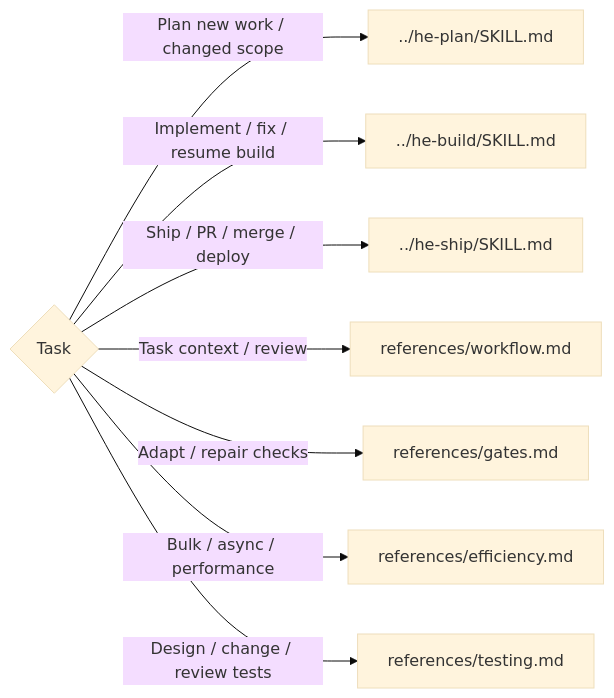
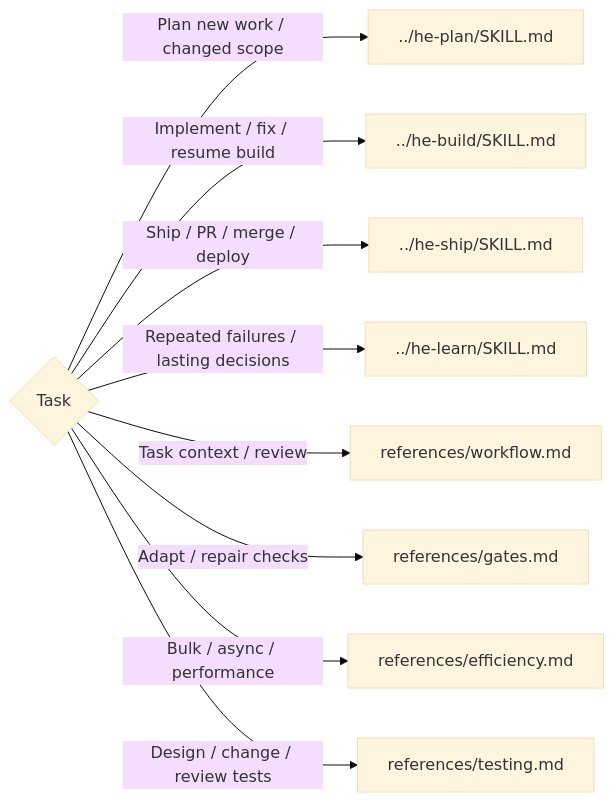
Before and after one commit to sgaabdu4/hard-eng: the diagram in .agents/skills/he/SKILL.md, drawn with Mermaid (base theme). The commit also changed 10 other files, not shown here.

Commit message:
feat(he-learn): add HE Learn skill for handling repeated failures and lasting decisions; enhance documentation and hook integration

````diff
--- a/.agents/skills/he/SKILL.md
+++ b/.agents/skills/he/SKILL.md
@@ -10,17 +10,19 @@
 ```mermaid
 flowchart LR
   T{Task} -->|Plan new work / changed scope| P[../he-plan/SKILL.md]
   T -->|Implement / fix / resume build| B[../he-build/SKILL.md]
   T -->|Ship / PR / merge / deploy| S[../he-ship/SKILL.md]
+  T -->|Repeated failures / lasting decisions| L[../he-learn/SKILL.md]
   T -->|Task context / review| W[references/workflow.md]
   T -->|Adapt / repair checks| G[references/gates.md]
   T -->|Bulk / async / performance| E[references/efficiency.md]
   T -->|Design / change / review tests| Q[references/testing.md]
   click W "references/workflow.md"
   click P "../he-plan/SKILL.md"
   click B "../he-build/SKILL.md"
   click S "../he-ship/SKILL.md"
+  click L "../he-learn/SKILL.md"
   click G "references/gates.md"
   click E "references/efficiency.md"
   click Q "references/testing.md"
 ```
````
